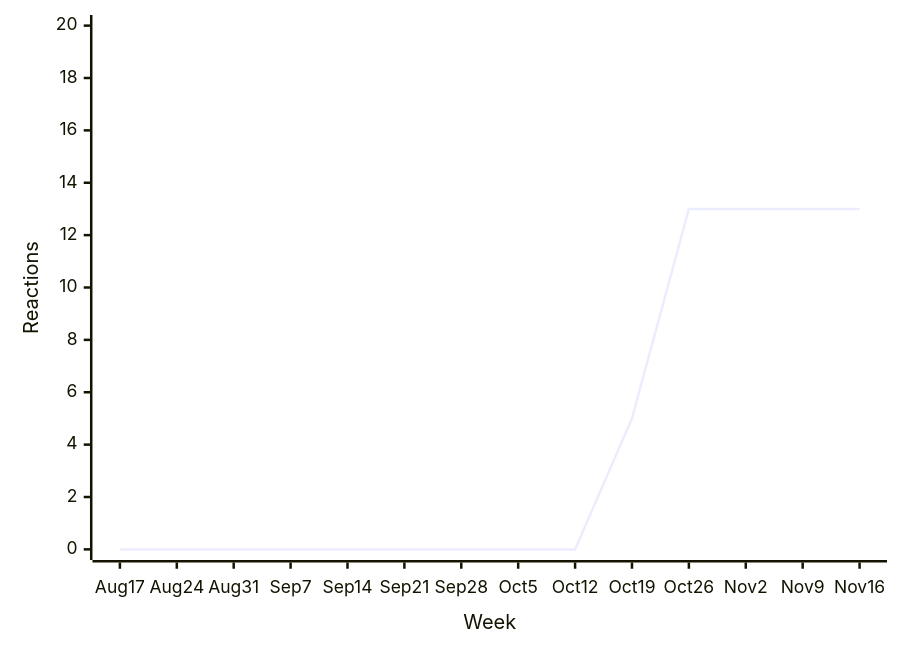
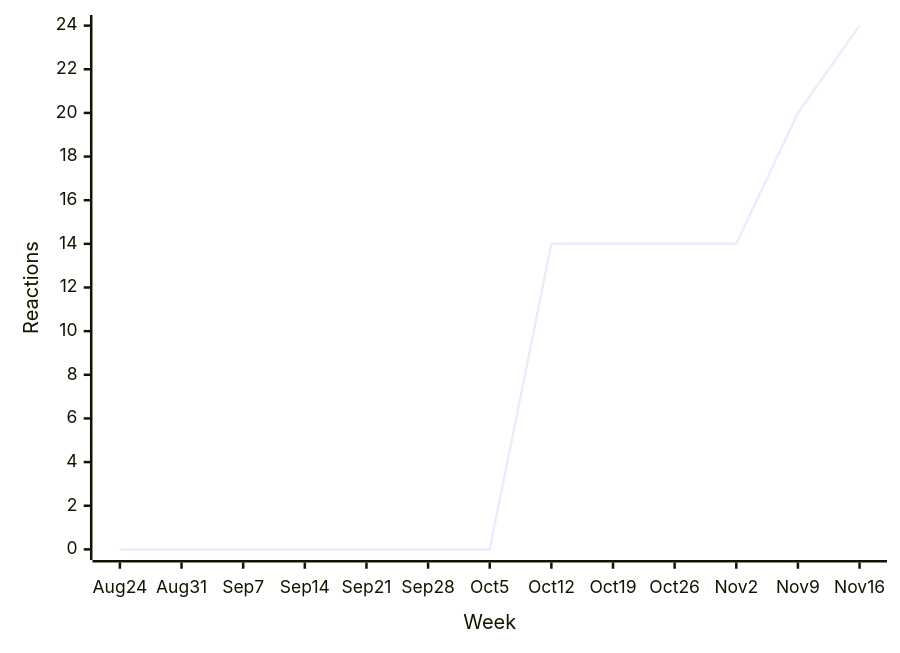
One commit to loic-sharma/github-insights changed the ninth of 31 diagrams in README.md. Above: the diagram before and after it, drawn with Mermaid. The commit also changed other lines of this file and 3 other files, not shown here.

````diff
--- a/README.md
+++ b/README.md
@@ -460,6 +460,6 @@
   ```mermaid
   xychart-beta
-    x-axis "Week" [Aug 17, Aug 24, Aug 31, Sep 7, Sep 14, Sep 21, Sep 28, Oct 5, Oct 12, Oct 19, Oct 26, Nov 2, Nov 9, Nov 16]
-    y-axis "Reactions" 0 --> 20
-    line [0, 0, 0, 0, 0, 0, 0, 0, 0, 5, 13, 13, 13, 13]
+    x-axis "Week" [Aug 24, Aug 31, Sep 7, Sep 14, Sep 21, Sep 28, Oct 5, Oct 12, Oct 19, Oct 26, Nov 2, Nov 9, Nov 16]
+    y-axis "Reactions"
+    line [0, 0, 0, 0, 0, 0, 0, 14, 14, 14, 14, 20, 24]
   ```
````
